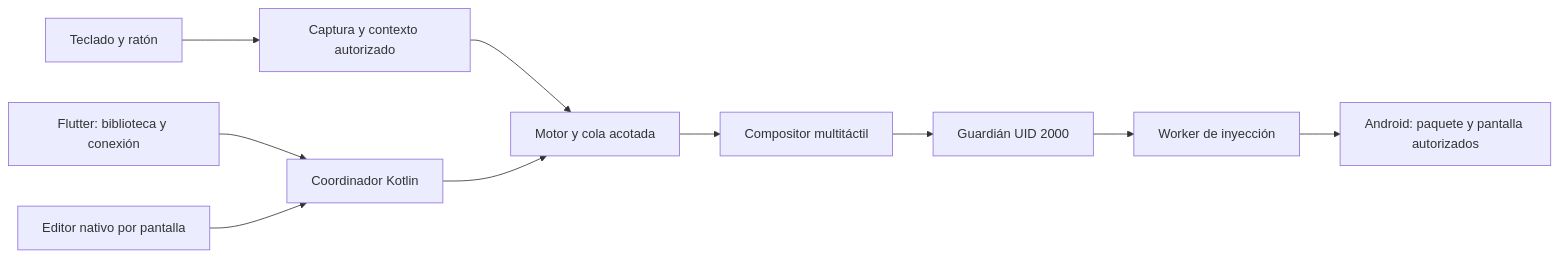
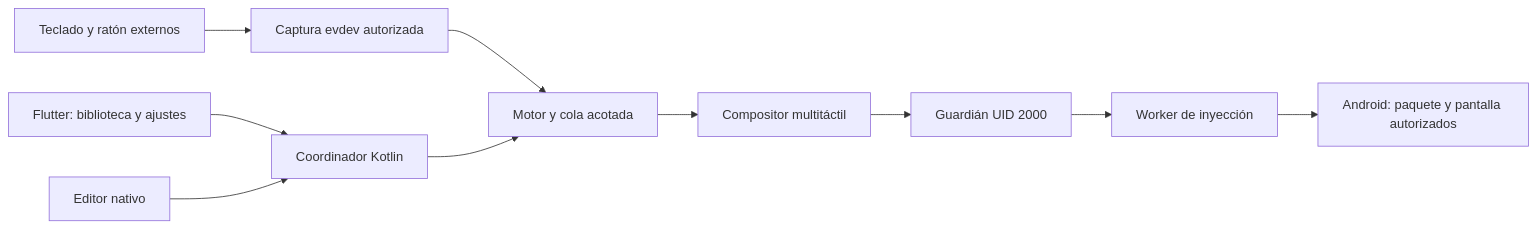
The diagram in docs/PUBLIC_ARCHITECTURE.md (BryamContreras/UwU-Mouse), drawn with Mermaid before and after one commit. The commit also changed other lines of this file and 579 other files, not shown here.

````diff
--- a/docs/PUBLIC_ARCHITECTURE.md
+++ b/docs/PUBLIC_ARCHITECTURE.md
@@ -7,12 +9,12 @@
 ```mermaid
 flowchart LR
-    UI[Flutter: biblioteca y conexión] --> Coordinator[Coordinador Kotlin]
-    Editor[Editor nativo por pantalla] --> Coordinator
-    Input[Teclado y ratón] --> Capture[Captura y contexto autorizado]
+    UI[Flutter: biblioteca y ajustes] --> Coordinator[Coordinador Kotlin]
+    Editor[Editor nativo] --> Coordinator
+    Input[Teclado y ratón externos] --> Capture[Captura evdev autorizada]
     Capture --> Engine[Motor y cola acotada]
     Coordinator --> Engine
     Engine --> Composer[Compositor multitáctil]
     Composer --> Guardian[Guardián UID 2000]
     Guardian --> Worker[Worker de inyección]
     Worker --> Android[Android: paquete y pantalla autorizados]
 ```
````
